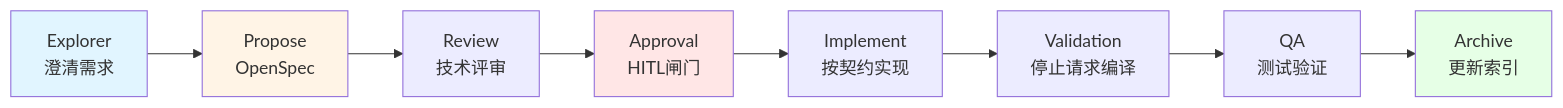
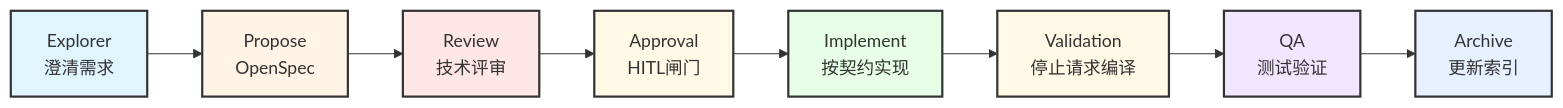
One commit to listener-He/java-harness-agent changed the third of 5 diagrams in README_zh.md. Above: the diagram before and after it, drawn with Mermaid. The commit also changed other lines of this file and 3 other files, not shown here.

First line of the commit message:
style(docs): 统一文档中的流程图样式定义

````diff
--- a/README_zh.md
+++ b/README_zh.md
@@ -351,14 +361,18 @@
 ```mermaid
 graph LR
     A[Explorer<br/>澄清需求] --> B[Propose<br/>OpenSpec]
     B --> C[Review<br/>技术评审]
     C --> D[Approval<br/>HITL闸门] --> E[Implement<br/>按契约实现]
     E --> V[Validation<br/>停止请求编译]
     V --> F[QA<br/>测试验证]
     F --> G[Archive<br/>更新索引]
     
-    style A fill:#e1f5ff
-    style B fill:#fff4e6
-    style D fill:#ffe6e6
-    style G fill:#e6ffe6
+    style A fill:#e1f5ff,stroke:#333,stroke-width:2px
+    style B fill:#fff4e6,stroke:#333,stroke-width:2px
+    style C fill:#ffe6e6,stroke:#333,stroke-width:2px
+    style D fill:#fff9e6,stroke:#333,stroke-width:2px
+    style E fill:#e6ffe6,stroke:#333,stroke-width:2px
+    style V fill:#fff9e6,stroke:#333,stroke-width:2px
+    style F fill:#f0e6ff,stroke:#333,stroke-width:2px
+    style G fill:#e6f0ff,stroke:#333,stroke-width:2px
 ```
````
